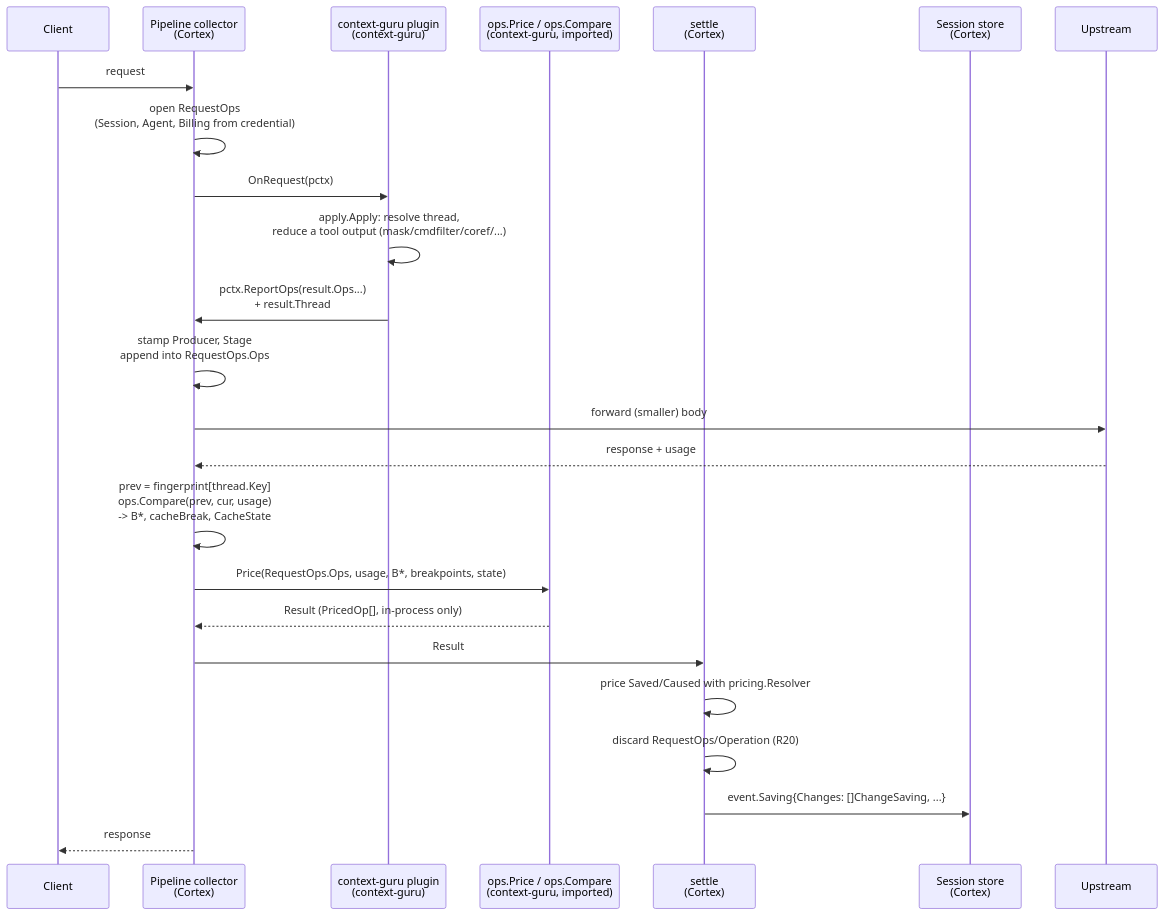
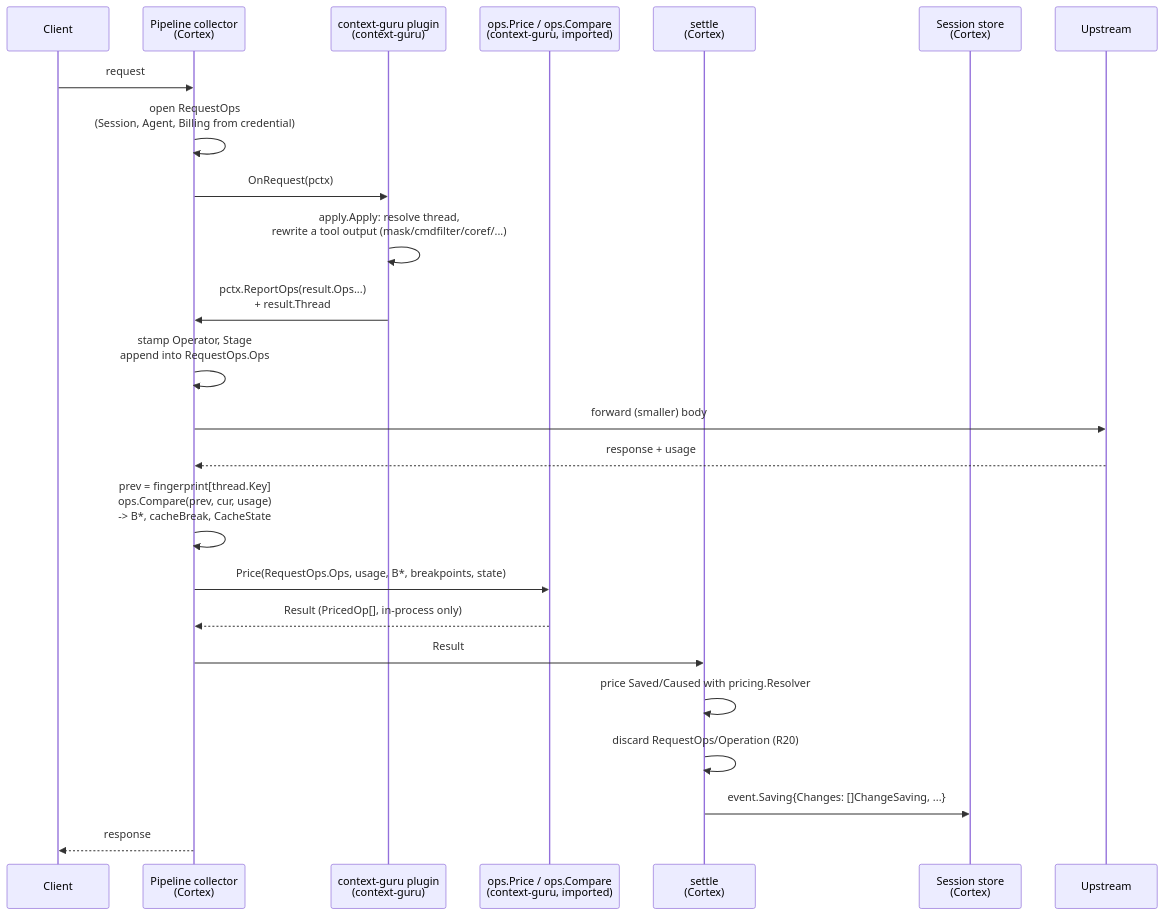
The first of 3 diagrams in docs/superpowers/specs/2026-10-18-context-operations-cortex-wiring.md (rossoctl/context-guru), drawn with Mermaid before and after one commit. The commit also changed other lines of this file and 7 other files, not shown here.

````diff
--- a/docs/superpowers/specs/2026-10-18-context-operations-cortex-wiring.md
+++ b/docs/superpowers/specs/2026-10-18-context-operations-cortex-wiring.md
@@ -126,27 +126,27 @@
 ```mermaid
 sequenceDiagram
     participant Client
     participant Pipeline as Pipeline collector<br/>(Cortex)
     participant Plugin as context-guru plugin<br/>(context-guru)
     participant Ops as ops.Price / ops.Compare<br/>(context-guru, imported)
     participant Settle as settle<br/>(Cortex)
     participant Store as Session store<br/>(Cortex)
     participant Upstream
 
     Client->>Pipeline: request
     Pipeline->>Pipeline: open RequestOps<br/>(Session, Agent, Billing from credential)
     Pipeline->>Plugin: OnRequest(pctx)
-    Plugin->>Plugin: apply.Apply: resolve thread,<br/>reduce a tool output (mask/cmdfilter/coref/...)
+    Plugin->>Plugin: apply.Apply: resolve thread,<br/>rewrite a tool output (mask/cmdfilter/coref/...)
     Plugin->>Pipeline: pctx.ReportOps(result.Ops...)<br/>+ result.Thread
-    Pipeline->>Pipeline: stamp Producer, Stage<br/>append into RequestOps.Ops
+    Pipeline->>Pipeline: stamp Operator, Stage<br/>append into RequestOps.Ops
     Pipeline->>Upstream: forward (smaller) body
     Upstream-->>Pipeline: response + usage
     Pipeline->>Pipeline: prev = fingerprint[thread.Key]<br/>ops.Compare(prev, cur, usage)<br/>-> B*, cacheBreak, CacheState
     Pipeline->>Ops: Price(RequestOps.Ops, usage, B*, breakpoints, state)
     Ops-->>Pipeline: Result (PricedOp[], in-process only)
     Pipeline->>Settle: Result
     Settle->>Settle: price Saved/Caused with pricing.Resolver
     Settle->>Settle: discard RequestOps/Operation (R20)
     Settle->>Store: event.Saving{Changes: []ChangeSaving, ...}
     Pipeline-->>Client: response
 ```
````
